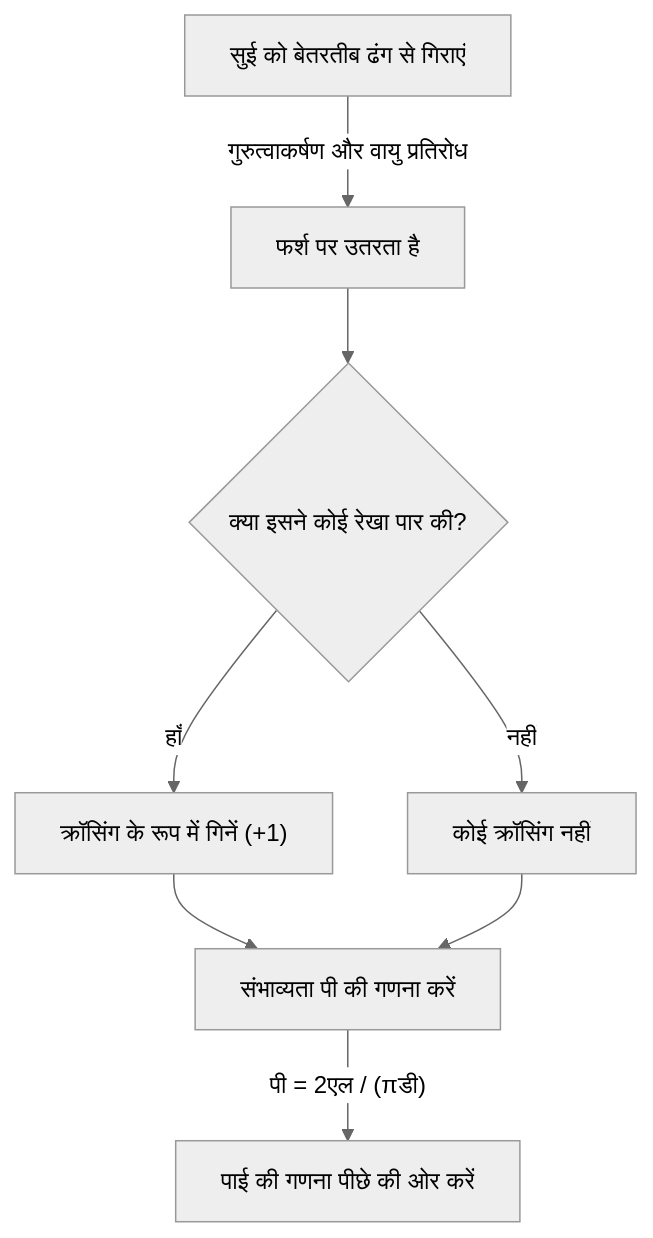
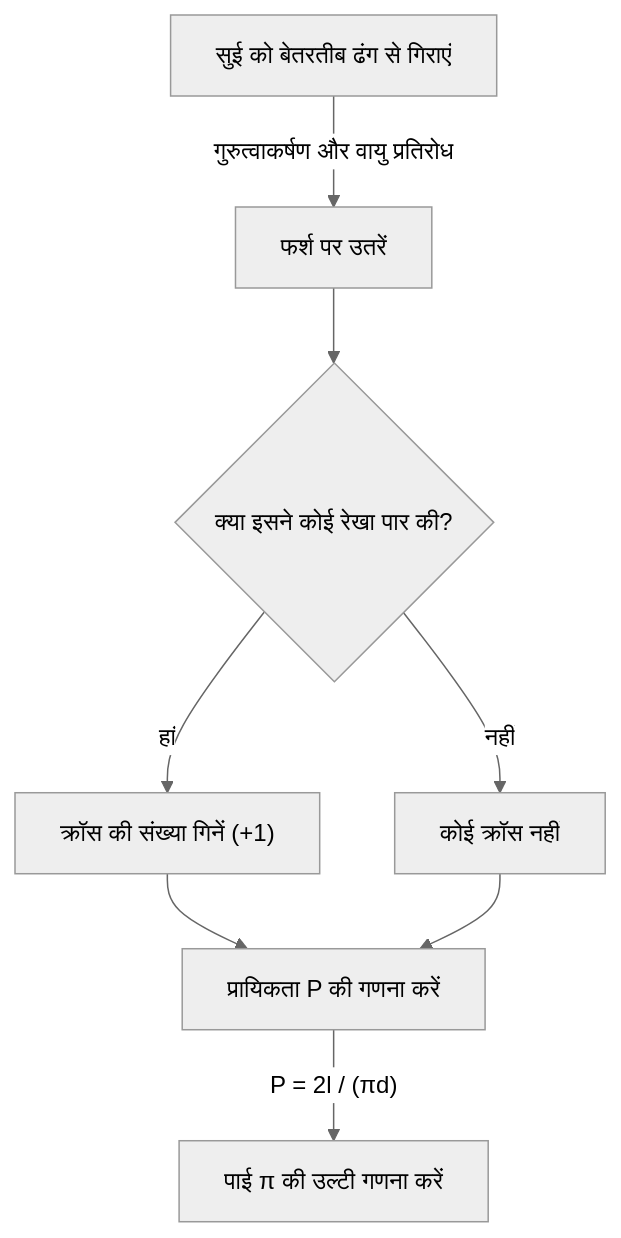
Before and after one commit to kenjinote/blog: the diagram in content/post/buffons-needle/index.hi.md, drawn with Mermaid (neutral theme). The commit also changed other lines of this file and 97 other files, not shown here.

````diff
--- a/content/post/buffons-needle/index.hi.md
+++ b/content/post/buffons-needle/index.hi.md
@@ -36,10 +36,10 @@
 ```mermaid
 graph TD
-    A["सुई को बेतरतीब ढंग से गिराएं"] -->|"गुरुत्वाकर्षण और वायु प्रतिरोध"| B["फर्श पर उतरता है"]
+    A["सुई को बेतरतीब ढंग से गिराएं"] -->|"गुरुत्वाकर्षण और वायु प्रतिरोध"| B["फर्श पर उतरें"]
     B --> C{"क्या इसने कोई रेखा पार की?"}
-    C -->|"हाँ"| D["क्रॉसिंग के रूप में गिनें (+1)"]
-    C -->|"नहीं"| E["कोई क्रॉसिंग नहीं"]
-    D --> F["संभाव्यता पी की गणना करें"]
+    C -->|"हां"| D["क्रॉस की संख्या गिनें (+1)"]
+    C -->|"नहीं"| E["कोई क्रॉस नहीं"]
+    D --> F["प्रायिकता P की गणना करें"]
     E --> F
-    F -->|"पी = 2एल / (πडी)"| G["पाई की गणना पीछे की ओर करें"]
+    F -->|"P = 2l / (πd)"| G["पाई π की उल्टी गणना करें"]
 ```
````
